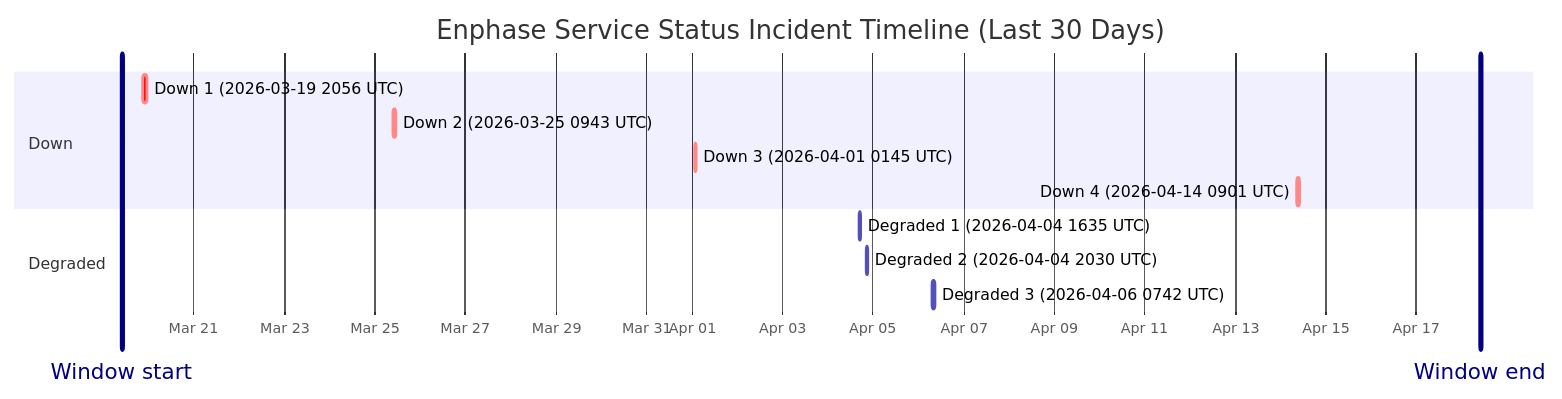
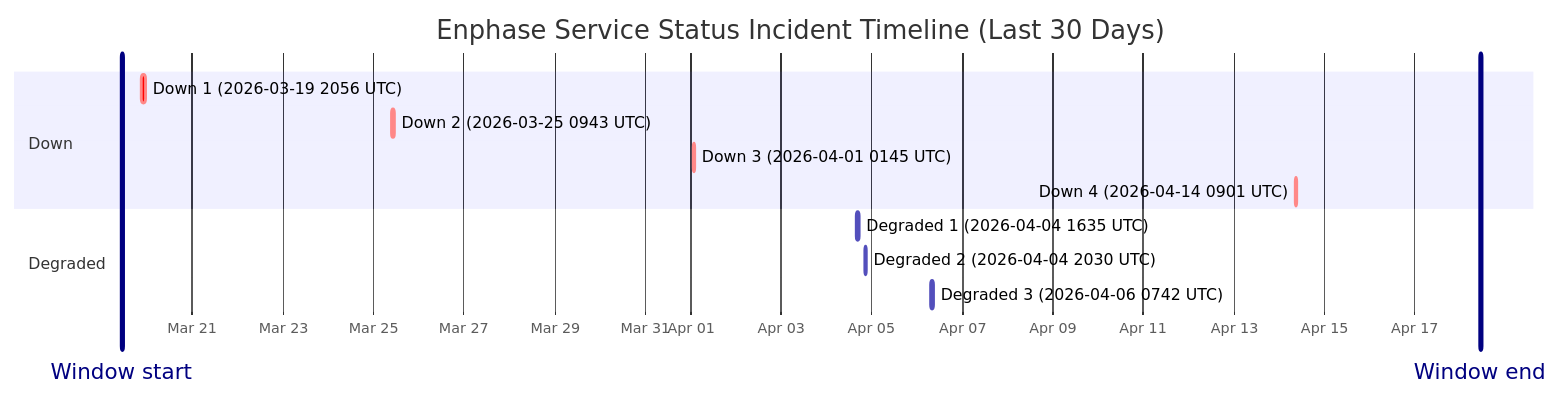
The diagram in wiki/Service-Status-History.md (barneyonline/ha-enphase-ev-charger), drawn with Mermaid before and after one commit. The commit also changed other lines of this file and 3 other files, not shown here.

````diff
--- a/wiki/Service-Status-History.md
+++ b/wiki/Service-Status-History.md
@@ -14,17 +14,17 @@
 ```mermaid
 gantt
     title Enphase Service Status Incident Timeline (Last 30 Days)
     dateFormat  YYYY-MM-DDTHH:mm:ss
     axisFormat  %b %d
-    Window start :vert, window-start, 2026-03-19T09:47:35, 0ms
-    Window end :vert, window-end, 2026-04-18T09:47:35, 0ms
+    Window start :vert, window-start, 2026-03-19T10:39:28, 0ms
+    Window end :vert, window-end, 2026-04-18T10:39:28, 0ms
     section Down
     Down 1 (2026-03-19 2056 UTC) :crit, down-1, 2026-03-19T20:56:20, 145m
     Down 2 (2026-03-25 0943 UTC) :crit, down-2, 2026-03-25T09:43:28, 111m
     Down 3 (2026-04-01 0145 UTC) :crit, down-3, 2026-04-01T01:45:09, 60m
     Down 4 (2026-04-14 0901 UTC) :crit, down-4, 2026-04-14T09:01:13, 60m
     section Degraded
     Degraded 1 (2026-04-04 1635 UTC) :active, degraded-1, 2026-04-04T16:35:17, 60m
     Degraded 2 (2026-04-04 2030 UTC) :active, degraded-2, 2026-04-04T20:30:40, 60m
     Degraded 3 (2026-04-06 0742 UTC) :active, degraded-3, 2026-04-06T07:42:09, 85m
 ```
````
